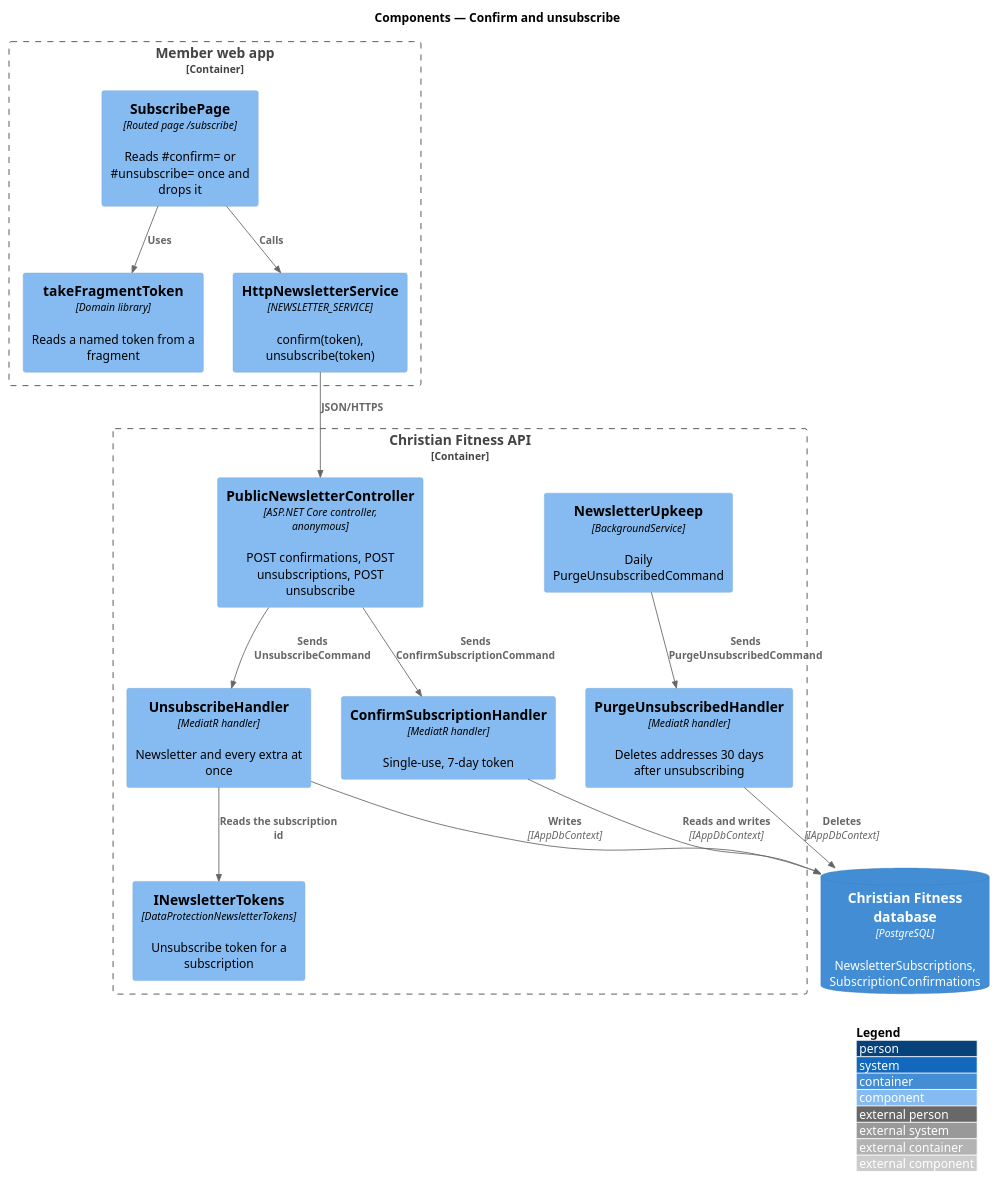
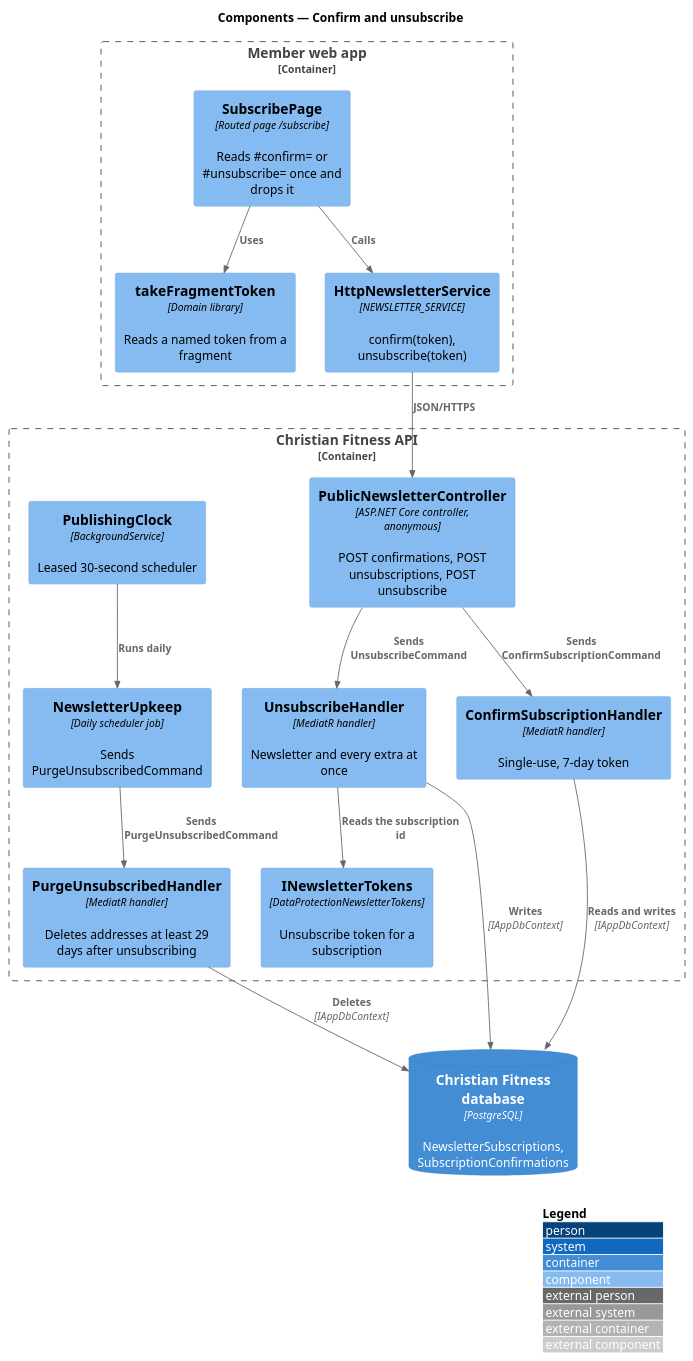
The diagram in docs/detailed-designs/news/confirm-and-unsubscribe/diagrams/c4-component.puml (QuinntyneBrown/christian-fitness), drawn with PlantUML before and after one commit. The commit also changed 33 other files, not shown here.

```diff
--- a/docs/detailed-designs/news/confirm-and-unsubscribe/diagrams/c4-component.puml
+++ b/docs/detailed-designs/news/confirm-and-unsubscribe/diagrams/c4-component.puml
@@ -1,30 +1,32 @@
 @startuml
 !include <C4/C4_Component>
 LAYOUT_WITH_LEGEND()
 title Components — Confirm and unsubscribe
 
 Container_Boundary(web, "Member web app") {
   Component(page, "SubscribePage", "Routed page /subscribe", "Reads #confirm= or #unsubscribe= once and drops it")
   Component(frag, "takeFragmentToken", "Domain library", "Reads a named token from a fragment")
   Component(client, "HttpNewsletterService", "NEWSLETTER_SERVICE", "confirm(token), unsubscribe(token)")
 }
 Container_Boundary(api, "Christian Fitness API") {
   Component(ctrl, "PublicNewsletterController", "ASP.NET Core controller, anonymous", "POST confirmations, POST unsubscriptions, POST unsubscribe")
   Component(confirm, "ConfirmSubscriptionHandler", "MediatR handler", "Single-use, 7-day token")
   Component(unsub, "UnsubscribeHandler", "MediatR handler", "Newsletter and every extra at once")
   Component(tokens, "INewsletterTokens", "DataProtectionNewsletterTokens", "Unsubscribe token for a subscription")
-  Component(upkeep, "NewsletterUpkeep", "BackgroundService", "Daily PurgeUnsubscribedCommand")
-  Component(purge, "PurgeUnsubscribedHandler", "MediatR handler", "Deletes addresses 30 days after unsubscribing")
+  Component(clock, "PublishingClock", "BackgroundService", "Leased 30-second scheduler")
+  Component(upkeep, "NewsletterUpkeep", "Daily scheduler job", "Sends PurgeUnsubscribedCommand")
+  Component(purge, "PurgeUnsubscribedHandler", "MediatR handler", "Deletes addresses at least 29 days after unsubscribing")
 }
 ContainerDb(db, "Christian Fitness database", "PostgreSQL", "NewsletterSubscriptions, SubscriptionConfirmations")
 Rel(page, frag, "Uses")
 Rel(page, client, "Calls")
 Rel(client, ctrl, "JSON/HTTPS")
 Rel(ctrl, confirm, "Sends ConfirmSubscriptionCommand")
 Rel(ctrl, unsub, "Sends UnsubscribeCommand")
 Rel(unsub, tokens, "Reads the subscription id")
+Rel(clock, upkeep, "Runs daily")
 Rel(upkeep, purge, "Sends PurgeUnsubscribedCommand")
 Rel(confirm, db, "Reads and writes", "IAppDbContext")
 Rel(unsub, db, "Writes", "IAppDbContext")
 Rel(purge, db, "Deletes", "IAppDbContext")
 @enduml
```
